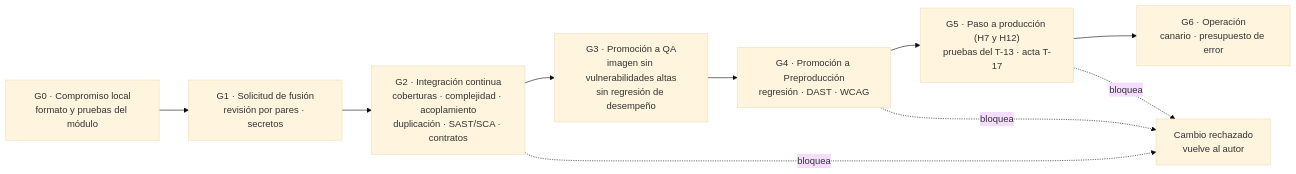
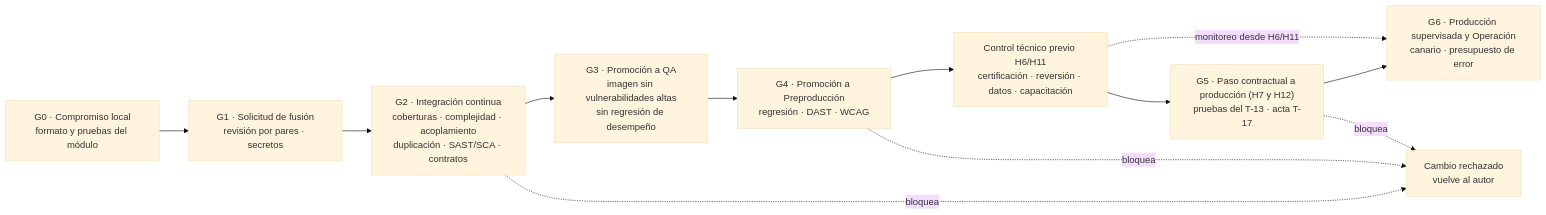
Before and after one commit to PatricioH315/LafroX: the third of 9 diagrams in 09_plan_calidad/v_nueva/LAFROX-Subdocumento9.md, drawn with Mermaid (base theme). The commit also changed other lines of this file and 16 other files, not shown here.

````diff
--- a/09_plan_calidad/v_nueva/LAFROX-Subdocumento9.md
+++ b/09_plan_calidad/v_nueva/LAFROX-Subdocumento9.md
@@ -236,12 +236,14 @@
 ```mermaid
 flowchart LR
     G0["G0 · Compromiso local<br/>formato y pruebas del módulo"] --> G1["G1 · Solicitud de fusión<br/>revisión por pares · secretos"]
     G1 --> G2["G2 · Integración continua<br/>coberturas · complejidad · acoplamiento<br/>duplicación · SAST/SCA · contratos"]
     G2 --> G3["G3 · Promoción a QA<br/>imagen sin vulnerabilidades altas<br/>sin regresión de desempeño"]
     G3 --> G4["G4 · Promoción a Preproducción<br/>regresión · DAST · WCAG"]
-    G4 --> G5["G5 · Paso a producción (H7 y H12)<br/>pruebas del T-13 · acta T-17"]
-    G5 --> G6["G6 · Operación<br/>canario · presupuesto de error"]
+    G4 --> MB["Control técnico previo H6/H11<br/>certificación · reversión · datos · capacitación"]
+    MB --> G5["G5 · Paso contractual a producción (H7 y H12)<br/>pruebas del T-13 · acta T-17"]
+    G5 --> G6["G6 · Producción supervisada y Operación<br/>canario · presupuesto de error"]
+    MB -. monitoreo desde H6/H11 .-> G6
     G2 -. bloquea .-> X["Cambio rechazado<br/>vuelve al autor"]
     G4 -. bloquea .-> X
     G5 -. bloquea .-> X
 ```
````
